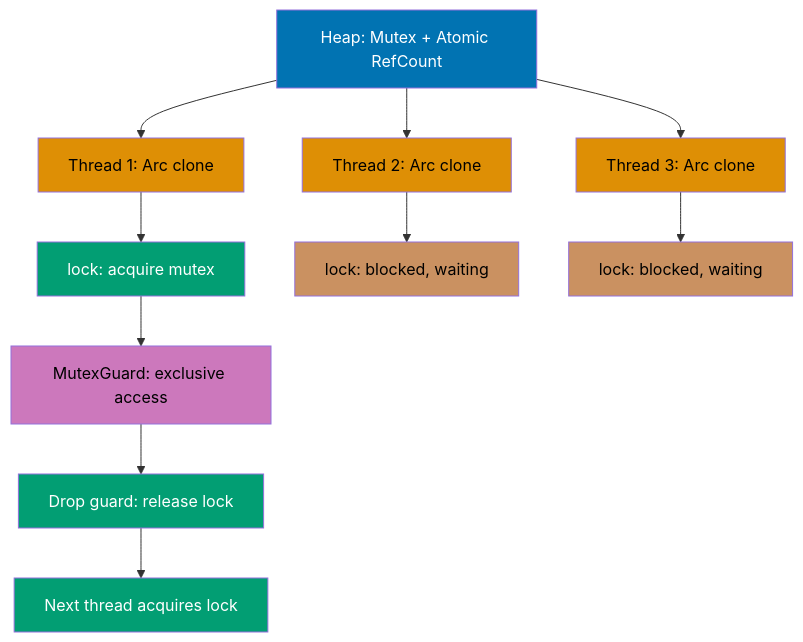
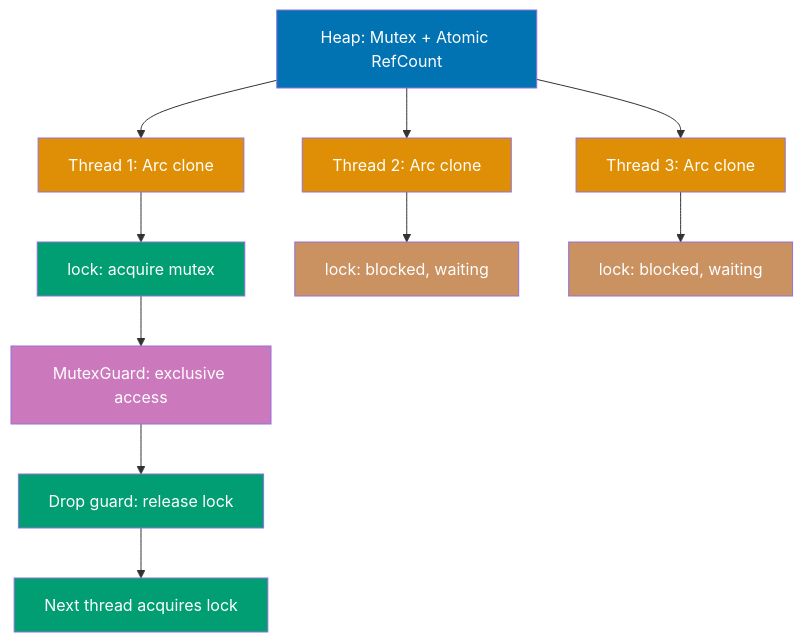
Diagram 12 of 12 in apps/ayokoding-web/content/en/learn/software-engineering/programming-languages/rust/by-example/intermediate.md (wahidyankf/open-sharia-enterprise), drawn with Mermaid before and after one commit. The commit also changed other lines of this file and 61 other files, not shown here.

First line of the commit message:
fix(ayokoding-web): quote Mermaid node labels with special characters in Example 63

````diff
--- a/apps/ayokoding-web/content/en/learn/software-engineering/programming-languages/rust/by-example/intermediate.md
+++ b/apps/ayokoding-web/content/en/learn/software-engineering/programming-languages/rust/by-example/intermediate.md
@@ -2401,24 +2401,24 @@
 ```mermaid
 %% Arc<Mutex<T>> thread-safe shared mutable state
 graph TD
     A[Heap: Mutex<T> + Atomic RefCount] --> B[Thread 1: Arc clone]
     A --> C[Thread 2: Arc clone]
     A --> D[Thread 3: Arc clone]
     B --> E[lock: acquire mutex]
     C --> F[lock: blocked, waiting]
     D --> G[lock: blocked, waiting]
     E --> H[MutexGuard: exclusive access]
     H --> I[Drop guard: release lock]
     I --> J[Next thread acquires lock]
 
     style A fill:#0173B2,color:#fff
-    style B fill:#DE8F05,color:#000
-    style C fill:#DE8F05,color:#000
-    style D fill:#DE8F05,color:#000
+    style B fill:#DE8F05,color:#fff
+    style C fill:#DE8F05,color:#fff
+    style D fill:#DE8F05,color:#fff
     style E fill:#029E73,color:#fff
-    style F fill:#CA9161,color:#000
-    style G fill:#CA9161,color:#000
-    style H fill:#CC78BC,color:#000
+    style F fill:#CA9161,color:#fff
+    style G fill:#CA9161,color:#fff
+    style H fill:#CC78BC,color:#fff
     style I fill:#029E73,color:#fff
     style J fill:#029E73,color:#fff
 ```
````
